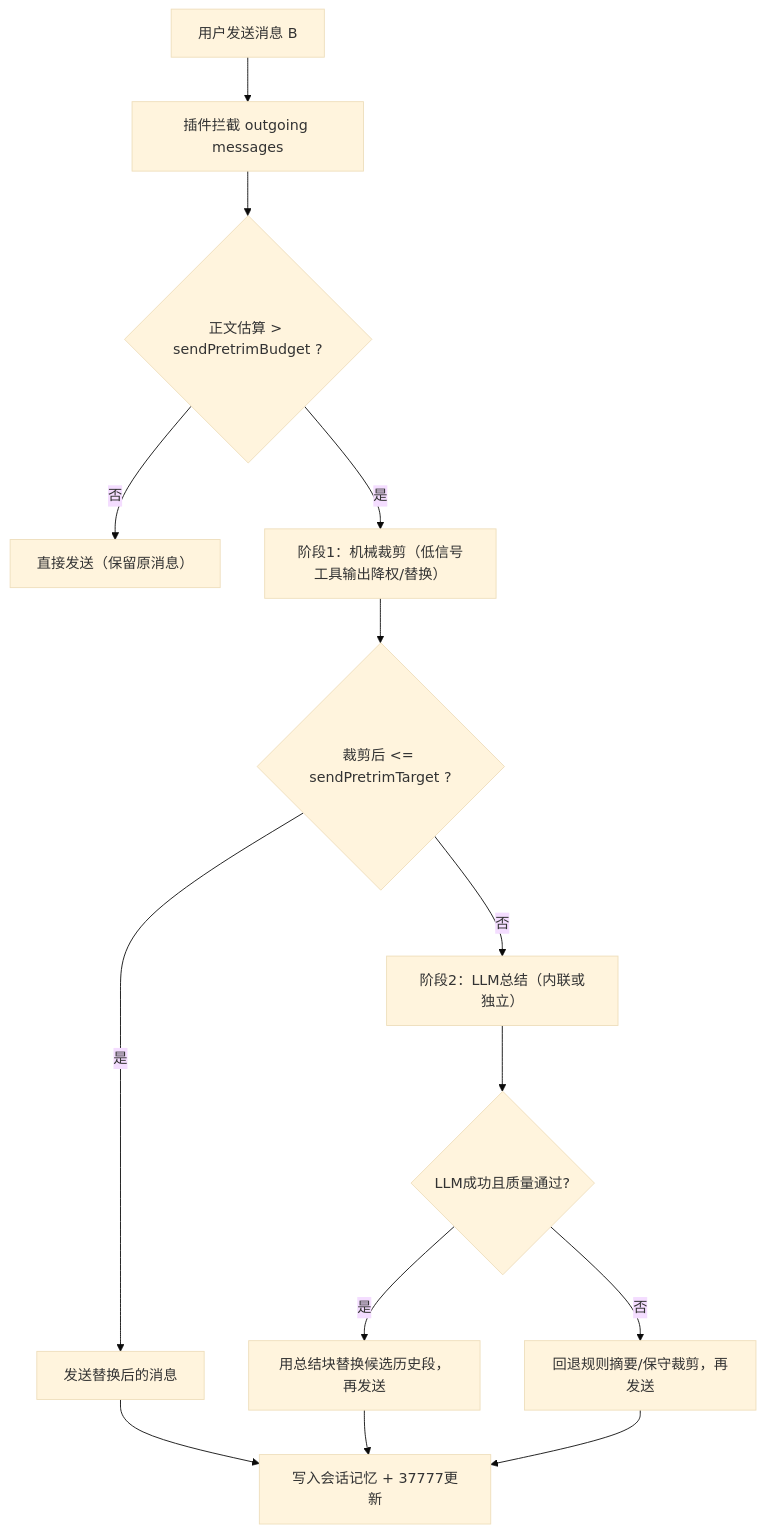
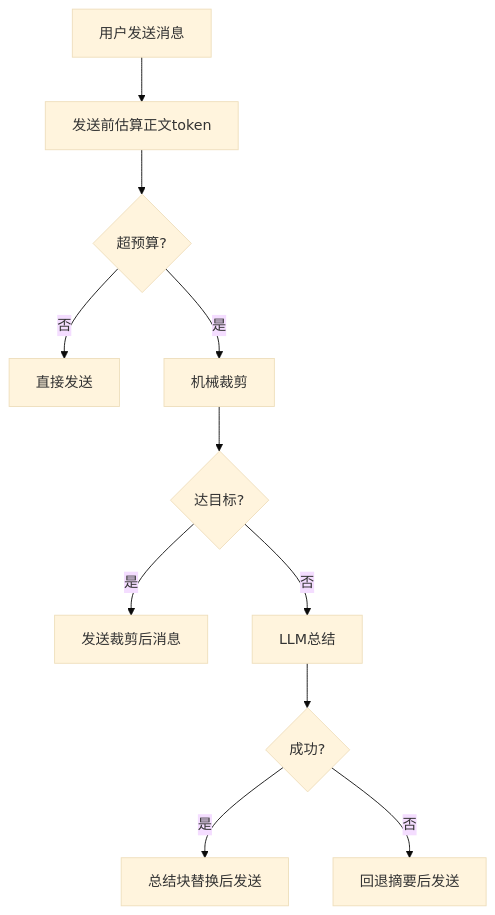
Before and after one commit to wsxwj123/opencode-memory-system: the diagram in README.md, drawn with Mermaid (base theme). The commit also changed other lines of this file and 2 other files, not shown here.

Commit message:
feat: dashboard UX/i18n polish, template naming, settings folds, and pretrim stats localization

````diff
--- a/README.md
+++ b/README.md
@@ -73,16 +124,13 @@
 ```mermaid
 flowchart TD
-  A["用户发送消息 B"] --> B["插件拦截 outgoing messages"]
-  B --> C{"正文估算 > sendPretrimBudget ?"}
-  C -- "否" --> D["直接发送（保留原消息）"]
-  C -- "是" --> E["阶段1：机械裁剪（低信号工具输出降权/替换）"]
-  E --> F{"裁剪后 <= sendPretrimTarget ?"}
-  F -- "是" --> G["发送替换后的消息"]
-  F -- "否" --> H["阶段2：LLM总结（内联或独立）"]
-  H --> I{"LLM成功且质量通过?"}
-  I -- "是" --> J["用总结块替换候选历史段，再发送"]
-  I -- "否" --> K["回退规则摘要/保守裁剪，再发送"]
-  G --> L["写入会话记忆 + 37777更新"]
-  J --> L
-  K --> L
+  A[用户发送消息] --> B[发送前估算正文token]
+  B --> C{超预算?}
+  C -- 否 --> D[直接发送]
+  C -- 是 --> E[机械裁剪]
+  E --> F{达目标?}
+  F -- 是 --> G[发送裁剪后消息]
+  F -- 否 --> H[LLM总结]
+  H --> I{成功?}
+  I -- 是 --> J[总结块替换后发送]
+  I -- 否 --> K[回退摘要后发送]
 ```
````
